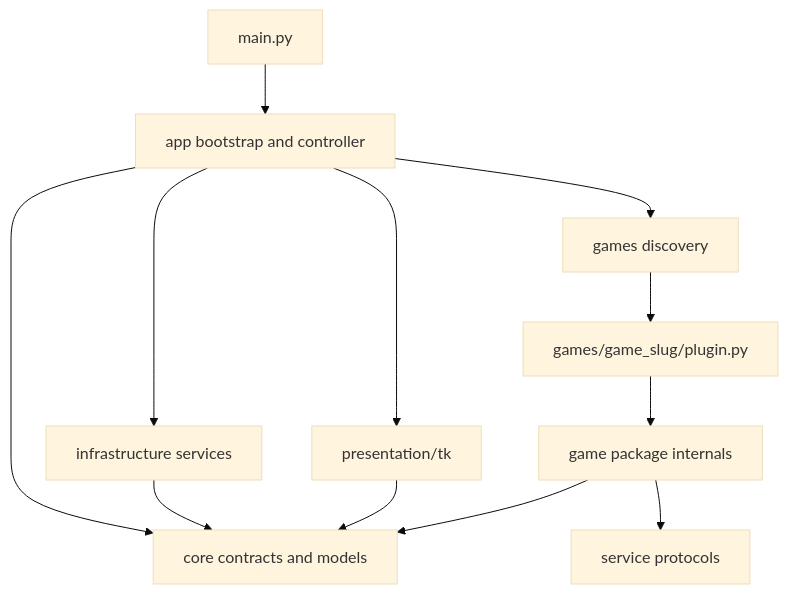
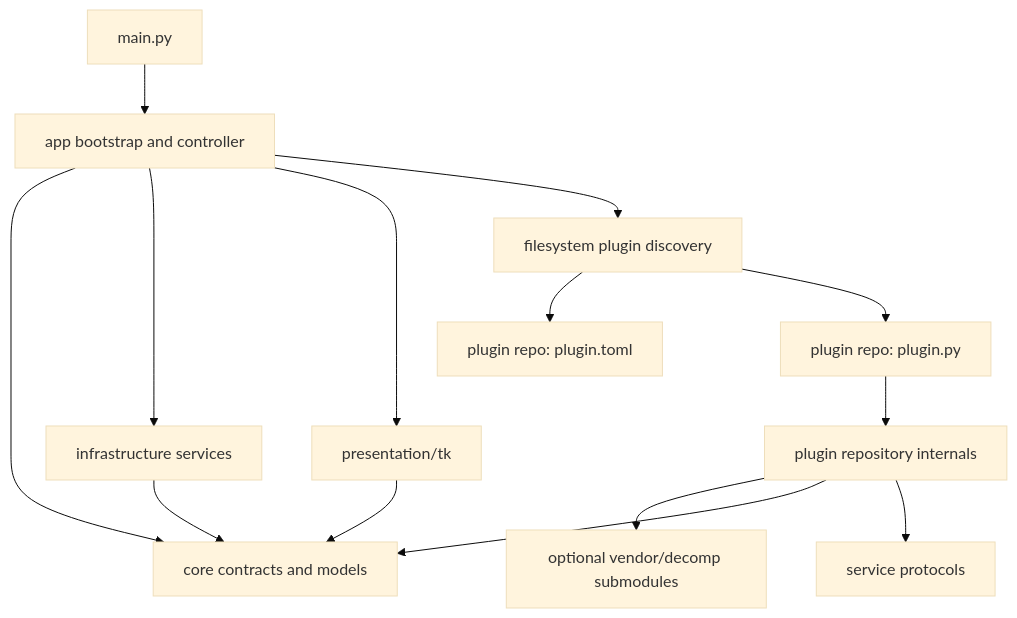
One commit to JEschete/RetroArchOverlay changed the diagram in ARCHITECTURE_PLAN.md. Above: the diagram before and after it, drawn with Mermaid (base theme). The commit also changed other lines of this file and 1 other file, not shown here.

````diff
--- a/ARCHITECTURE_PLAN.md
+++ b/ARCHITECTURE_PLAN.md
@@ -42,14 +48,16 @@
 ```mermaid
 flowchart TD
     Main[main.py] --> App[app bootstrap and controller]
     App --> Core[core contracts and models]
     App --> Infra[infrastructure services]
     App --> UI[presentation/tk]
-    App --> Discovery[games discovery]
-    Discovery --> Plugin[games/game_slug/plugin.py]
-    Plugin --> Game[game package internals]
+    App --> Discovery[filesystem plugin discovery]
+    Discovery --> Manifest[plugin repo: plugin.toml]
+    Discovery --> Plugin[plugin repo: plugin.py]
+    Plugin --> Game[plugin repository internals]
+    Game --> Vendor[optional vendor/decomp submodules]
     Game --> Core
     Game --> ServiceContracts[service protocols]
     Infra --> Core
     UI --> Core
 ```
````
